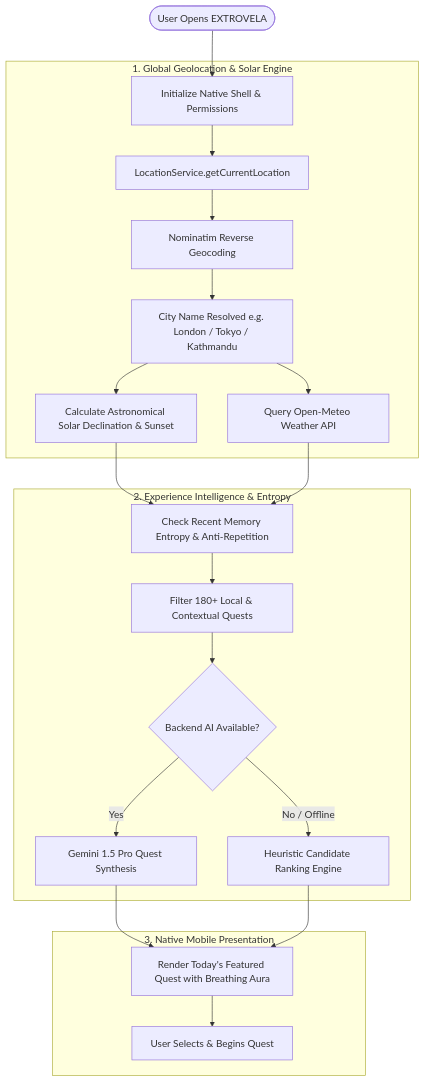
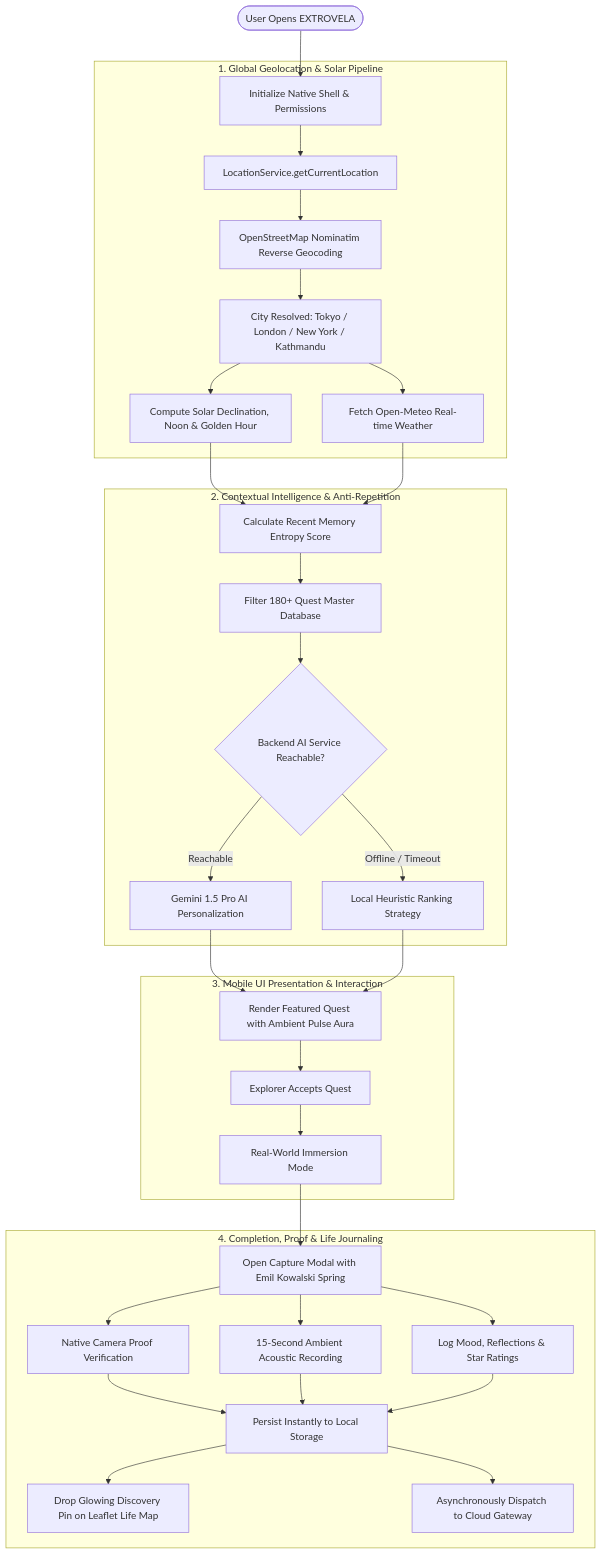
The first of 2 diagrams in README.md (susantedit/Extrovela), drawn with Mermaid before and after one commit. The commit also changed other lines of this file, not shown here.

Commit message:
docs: finalize master encyclopedic README documentation and architecture reference

````diff
--- a/README.md
+++ b/README.md
@@ -249,25 +170,36 @@
 ```mermaid
 flowchart TD
-    Start([User Opens EXTROVELA]) --> InitContext[Initialize Native Shell & Permissions]
+    UserAppLaunch([User Opens EXTROVELA]) --> InitHardware[Initialize Native Shell & Permissions]
     
-    subgraph GeoEngine [1. Global Geolocation & Solar Engine]
-        InitContext --> GetGPS[LocationService.getCurrentLocation]
-        GetGPS --> ReverseGeo[Nominatim Reverse Geocoding]
-        ReverseGeo --> CityResolved[City Name Resolved e.g. London / Tokyo / Kathmandu]
-        CityResolved --> SunCalc[Calculate Astronomical Solar Declination & Sunset]
-        CityResolved --> WeatherFetch[Query Open-Meteo Weather API]
+    subgraph GeoPipeline [1. Global Geolocation & Solar Pipeline]
+        InitHardware --> QueryGPS[LocationService.getCurrentLocation]
+        QueryGPS --> RunNominatim[OpenStreetMap Nominatim Reverse Geocoding]
+        RunNominatim --> CityIdentified[City Resolved: Tokyo / London / New York / Kathmandu]
+        CityIdentified --> ComputeSun[Compute Solar Declination, Noon & Golden Hour]
+        CityIdentified --> FetchMeteo[Fetch Open-Meteo Real-time Weather]
     end
 
-    subgraph Intelligence [2. Experience Intelligence & Entropy]
-        SunCalc & WeatherFetch --> EntropyCheck[Check Recent Memory Entropy & Anti-Repetition]
-        EntropyCheck --> FilterPool[Filter 180+ Local & Contextual Quests]
-        FilterPool --> AIGateway{Backend AI Available?}
-        AIGateway -- Yes --> GeminiSynth[Gemini 1.5 Pro Quest Synthesis]
-        AIGateway -- No / Offline --> HeuristicMatch[Heuristic Candidate Ranking Engine]
+    subgraph IntelligenceCore [2. Contextual Intelligence & Anti-Repetition]
+        ComputeSun & FetchMeteo --> CalcEntropy[Calculate Recent Memory Entropy Score]
+        CalcEntropy --> FilterQuests[Filter 180+ Quest Master Database]
+        FilterQuests --> CheckBackend{Backend AI Service Reachable?}
+        CheckBackend -- Reachable --> GeminiSynthesis[Gemini 1.5 Pro AI Personalization]
+        CheckBackend -- Offline / Timeout --> HeuristicRanking[Local Heuristic Ranking Strategy]
     end
 
-    subgraph Presentation [3. Native Mobile Presentation]
-        GeminiSynth & HeuristicMatch --> RenderHero[Render Today's Featured Quest with Breathing Aura]
-        RenderHero --> UserSelects[User Selects & Begins Quest]
+    subgraph UIOrchestration [3. Mobile UI Presentation & Interaction]
+        GeminiSynthesis & HeuristicRanking --> DisplayHero[Render Featured Quest with Ambient Pulse Aura]
+        DisplayHero --> AcceptQuest[Explorer Accepts Quest]
+        AcceptQuest --> ExecuteExperience[Real-World Immersion Mode]
+    end
+
+    subgraph CaptureAndSync [4. Completion, Proof & Life Journaling]
+        ExecuteExperience --> LaunchCapture[Open Capture Modal with Emil Kowalski Spring]
+        LaunchCapture --> TakePhoto[Native Camera Proof Verification]
+        LaunchCapture --> RecordAudio[15-Second Ambient Acoustic Recording]
+        LaunchCapture --> WriteJournal[Log Mood, Reflections & Star Ratings]
+        TakePhoto & RecordAudio & WriteJournal --> CommitLocal[Persist Instantly to Local Storage]
+        CommitLocal --> DropPin[Drop Glowing Discovery Pin on Leaflet Life Map]
+        CommitLocal --> SyncCloud[Asynchronously Dispatch to Cloud Gateway]
     end
 ```
````
